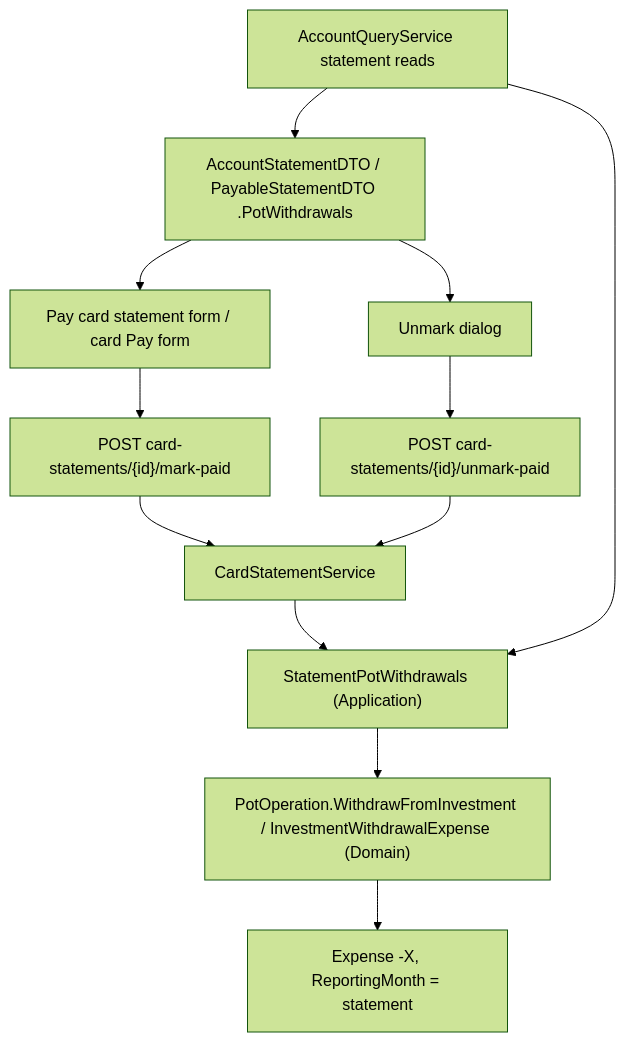
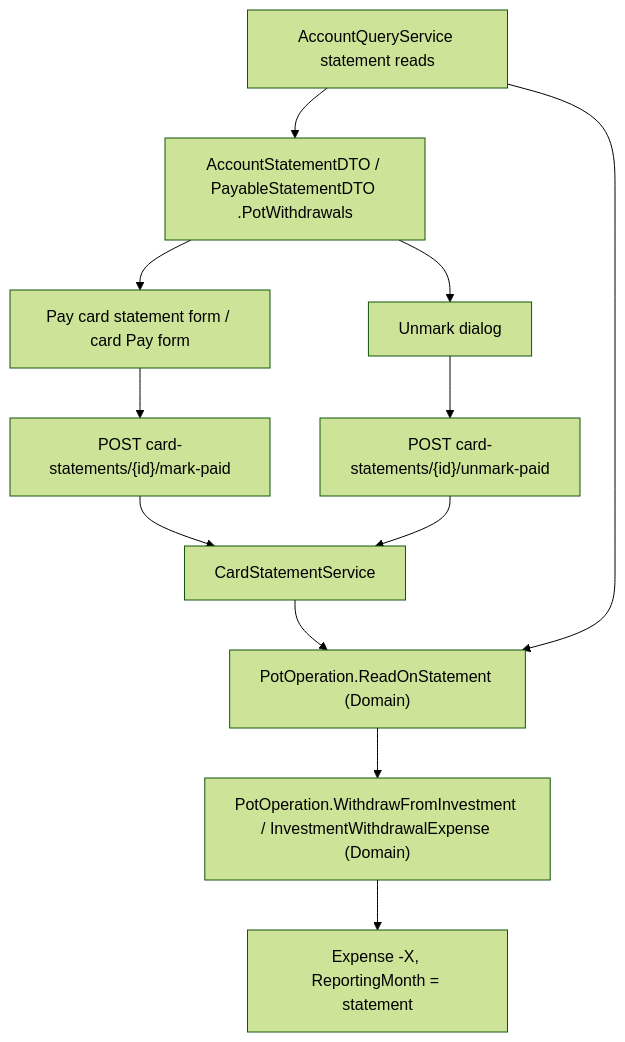
One commit to ggibellato/Financial changed the diagram in docs/prd/P62-prd-pot-withdrawal-by-credit-card/features/P62-F02-investment-withdrawal-on-statement-payment/spec.md. Above: the diagram before and after it, drawn with Mermaid (forest theme). The commit also changed other lines of this file and 1 other file, not shown here.

Commit message:
docs: record the P62 F02 statement reader in the spec and plan

````diff
--- a/docs/prd/P62-prd-pot-withdrawal-by-credit-card/features/P62-F02-investment-withdrawal-on-statement-payment/spec.md
+++ b/docs/prd/P62-prd-pot-withdrawal-by-credit-card/features/P62-F02-investment-withdrawal-on-statement-payment/spec.md
@@ -28,14 +28,14 @@
 ```mermaid
 graph TD
     A["Pay card statement form / card Pay form"] --> B["POST card-statements/{id}/mark-paid"]
     U["Unmark dialog"] --> C["POST card-statements/{id}/unmark-paid"]
     B --> S["CardStatementService"]
     C --> S
-    S --> H["StatementPotWithdrawals (Application)"]
+    S --> H["PotOperation.ReadOnStatement (Domain)"]
     H --> O["PotOperation.WithdrawFromInvestment / InvestmentWithdrawalExpense (Domain)"]
     O --> E["Expense -X, ReportingMonth = statement"]
     Q["AccountQueryService statement reads"] --> H
     Q --> D["AccountStatementDTO / PayableStatementDTO .PotWithdrawals"]
     D --> A
     D --> U
 ```
````
